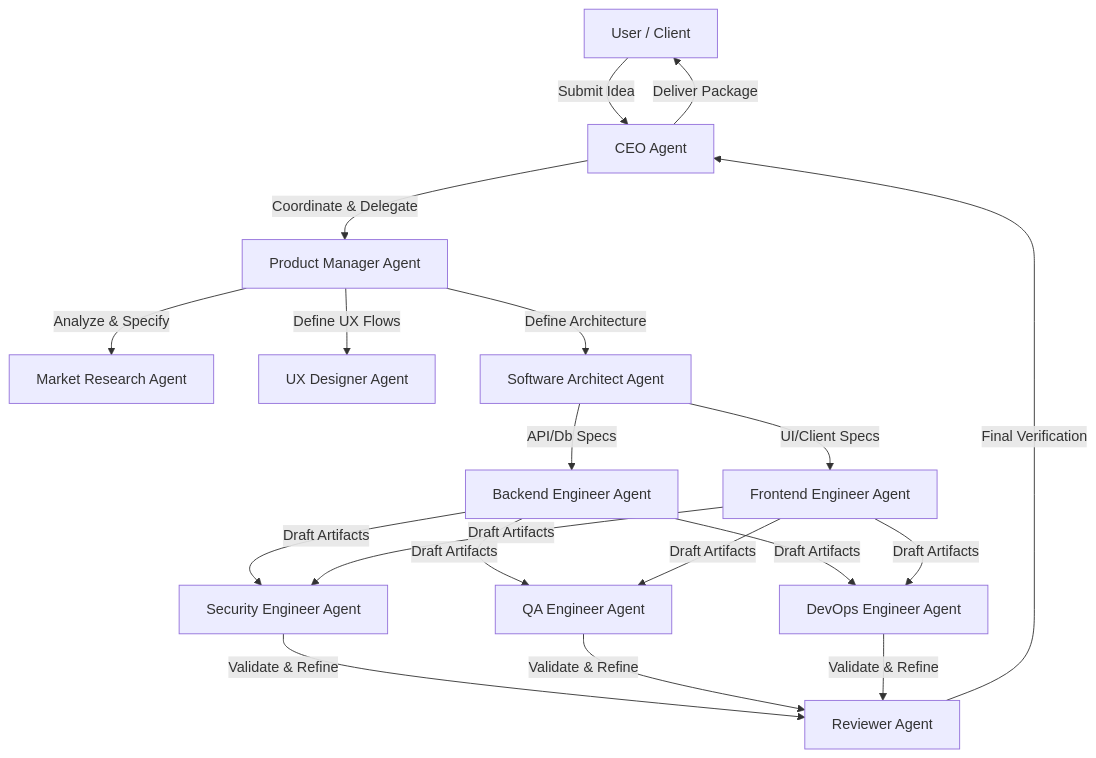
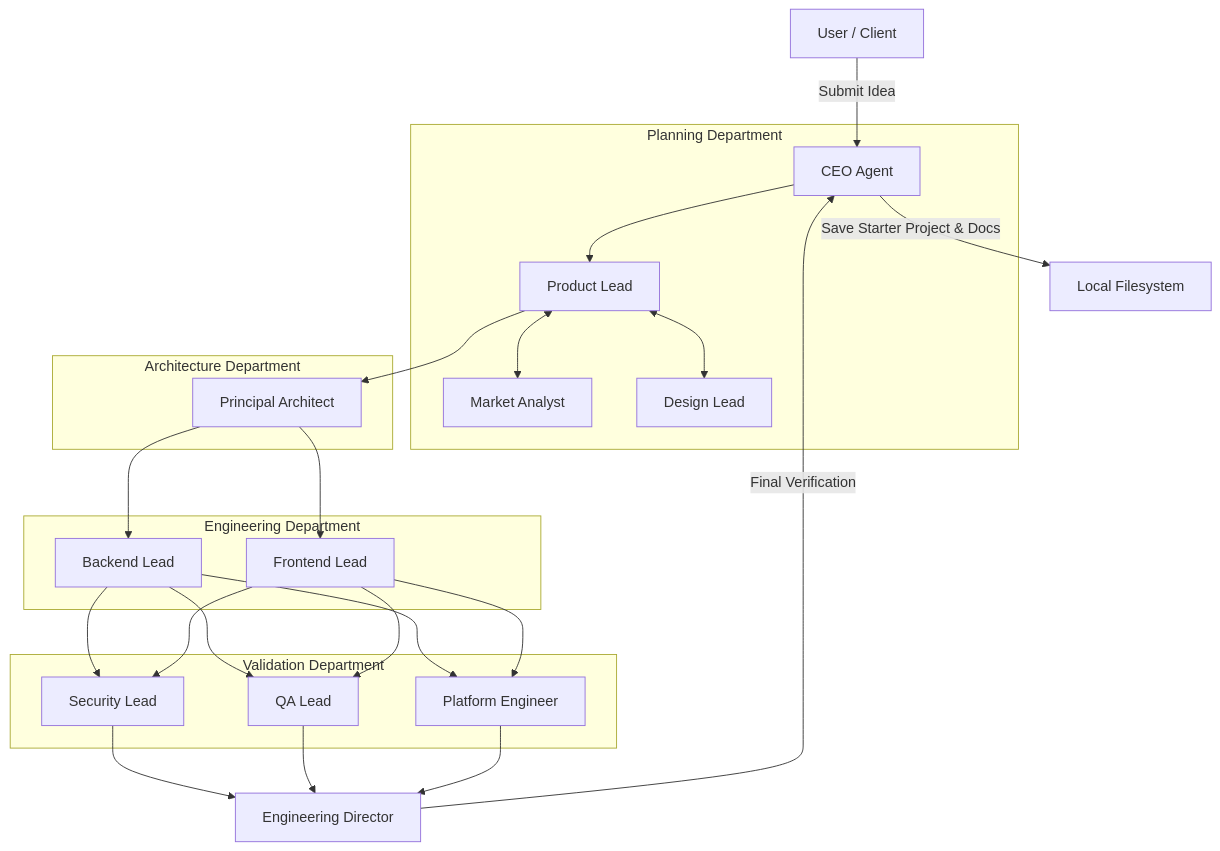
Before and after one commit to SujalUshir/DevForge-AI: the first of 2 diagrams in docs/PRD.md, drawn with Mermaid. The commit also changed other lines of this file, not shown here.

Commit message:
docs: refine PRD for Version 1 MVP competition specs

````diff
--- a/docs/PRD.md
+++ b/docs/PRD.md
@@ -13,19 +13,29 @@
 ```mermaid
 graph TD
-    Client[User / Client] -->|Submit Idea| CEO[CEO Agent]
-    CEO -->|Coordinate & Delegate| PM[Product Manager Agent]
-    PM -->|Analyze & Specify| Market[Market Research Agent]
-    PM -->|Define UX Flows| UX[UX Designer Agent]
-    PM -->|Define Architecture| Arch[Software Architect Agent]
+    User[User / Client] -->|Submit Idea| CEO[CEO Agent]
     
-    Arch -->|API/Db Specs| BE[Backend Engineer Agent]
-    Arch -->|UI/Client Specs| FE[Frontend Engineer Agent]
+    subgraph Planning Dept [Planning Department]
+        CEO --> PL[Product Lead]
+        PL <--> MA[Market Analyst]
+        PL <--> DL[Design Lead]
+    end
     
-    BE & FE -->|Draft Artifacts| Sec[Security Engineer Agent]
-    BE & FE -->|Draft Artifacts| QA[QA Engineer Agent]
-    BE & FE -->|Draft Artifacts| DevOps[DevOps Engineer Agent]
+    subgraph Arch Dept [Architecture Department]
+        PL --> PA[Principal Architect]
+    end
     
-    Sec & QA & DevOps -->|Validate & Refine| Rev[Reviewer Agent]
-    Rev -->|Final Verification| CEO
-    CEO -->|Deliver Package| Client
+    subgraph Eng Dept [Engineering Department]
+        PA --> BL[Backend Lead]
+        PA --> FL[Frontend Lead]
+    end
+    
+    subgraph Val Dept [Validation Department]
+        BL & FL --> SL[Security Lead]
+        BL & FL --> QL[QA Lead]
+        BL & FL --> PE[Platform Engineer]
+    end
+    
+    SL & QL & PE --> ED[Engineering Director]
+    ED -->|Final Verification| CEO
+    CEO -->|Save Starter Project & Docs| FS[Local Filesystem]
 ```
````
